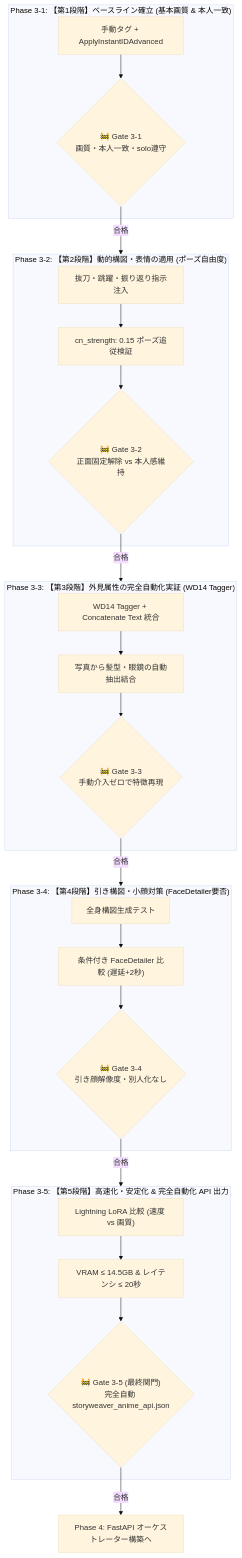
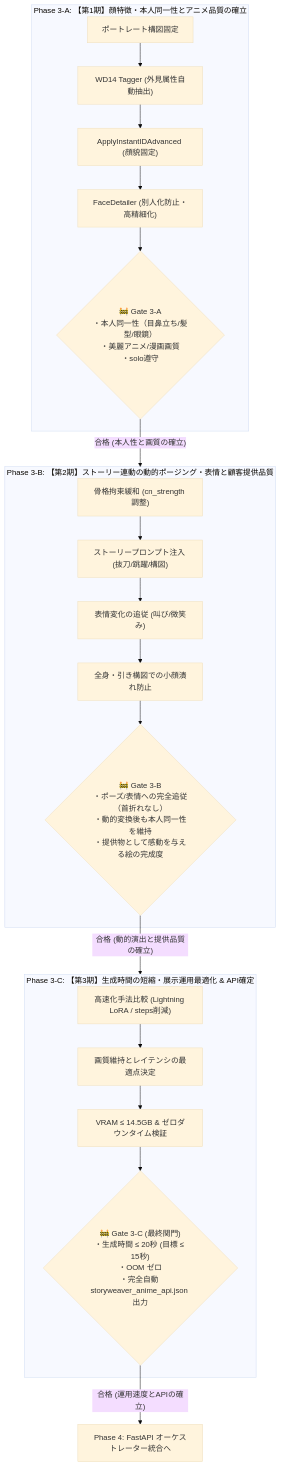
One commit to nasabanaru-sketch/StoryWeaver changed the diagram in docs/plans/phase3_revision_plan.md. Above: the diagram before and after it, drawn with Mermaid (base theme). The commit also changed other lines of this file and 2 other files, not shown here.

Commit message:
docs: Restructure Phase 3 into 3 major milestone phases (Identity -> Dynamic Story -> Latency Optimization) v4.0.0

````diff
--- a/docs/plans/phase3_revision_plan.md
+++ b/docs/plans/phase3_revision_plan.md
@@ -30,35 +16,29 @@
 ```mermaid
 flowchart TD
-    subgraph P31["Phase 3-1: 【第1段階】ベースライン確立 (基本画質 & 本人一致)"]
-        A1["手動タグ + ApplyInstantIDAdvanced"] --> G31{"🚧 Gate 3-1<br>画質・本人一致・solo遵守"}
+    subgraph P3A["Phase 3-A: 【第1期】顔特徴・本人同一性とアニメ品質の確立"]
+        A1["ポートレート構図固定"] --> A2["WD14 Tagger (外見属性自動抽出)"]
+        A2 --> A3["ApplyInstantIDAdvanced (顔貌固定)"]
+        A3 --> A4["FaceDetailer (別人化防止・高精細化)"]
+        A4 --> GA{"🚧 Gate 3-A<br>・本人同一性（目鼻立ち/髪型/眼鏡）<br>・美麗アニメ/漫画画質<br>・solo遵守"}
     end
 
-    subgraph P32["Phase 3-2: 【第2段階】動的構図・表情の適用 (ポーズ自由度)"]
-        B1["抜刀・跳躍・振り返り指示注入"] --> B2["cn_strength: 0.15 ポーズ追従検証"]
-        B2 --> G32{"🚧 Gate 3-2<br>正面固定解除 vs 本人感維持"}
+    subgraph P3B["Phase 3-B: 【第2期】ストーリー連動の動的ポージング・表情と顧客提供品質"]
+        B1["骨格拘束緩和 (cn_strength 調整)"] --> B2["ストーリープロンプト注入 (抜刀/跳躍/構図)"]
+        B2 --> B3["表情変化の追従 (叫び/微笑み)"]
+        B3 --> B4["全身・引き構図での小顔潰れ防止"]
+        B4 --> GB{"🚧 Gate 3-B<br>・ポーズ/表情への完全追従（首折れなし）<br>・動的変換後も本人同一性を維持<br>・提供物として感動を与える絵の完成度"}
     end
 
-    subgraph P33["Phase 3-3: 【第3段階】外見属性の完全自動化実証 (WD14 Tagger)"]
-        C1["WD14 Tagger + Concatenate Text 統合"] --> C2["写真から髪型・眼鏡の自動抽出結合"]
-        C2 --> G33{"🚧 Gate 3-3<br>手動介入ゼロで特徴再現"}
+    subgraph P3C["Phase 3-C: 【第3期】生成時間の短縮・展示運用最適化 & API確定"]
+        C1["高速化手法比較 (Lightning LoRA / steps削減)"] --> C2["画質維持とレイテンシの最適点決定"]
+        C2 --> C3["VRAM ≤ 14.5GB & ゼロダウンタイム検証"]
+        C3 --> GC{"🚧 Gate 3-C (最終関門)<br>・生成時間 ≤ 20秒 (目標 ≤ 15秒)<br>・OOM ゼロ<br>・完全自動 storyweaver_anime_api.json 出力"}
     end
 
-    subgraph P34["Phase 3-4: 【第4段階】引き構図・小顔対策 (FaceDetailer要否)"]
-        D1["全身構図生成テスト"] --> D2["条件付き FaceDetailer 比較 (遅延+2秒)"]
-        D2 --> G34{"🚧 Gate 3-4<br>引き顔解像度・別人化なし"}
-    end
-
-    subgraph P35["Phase 3-5: 【第5段階】高速化・安定化 & 完全自動化 API 出力"]
-        E1["Lightning LoRA 比較 (速度 vs 画質)"] --> E2["VRAM ≤ 14.5GB & レイテンシ ≤ 20秒"]
-        E2 --> G35{"🚧 Gate 3-5 (最終関門)<br>完全自動 storyweaver_anime_api.json"}
-    end
-
-    G31 -- "合格" --> P32
-    G32 -- "合格" --> P33
-    G33 -- "合格" --> P34
-    G34 -- "合格" --> P35
-    G35 -- "合格" --> COMP["Phase 4: FastAPI オーケストレーター構築へ"]
+    GA -- "合格 (本人性と画質の確立)" --> P3B
+    GB -- "合格 (動的演出と提供品質の確立)" --> P3C
+    GC -- "合格 (運用速度とAPIの確立)" --> PHASE4["Phase 4: FastAPI オーケストレーター統合へ"]
 
     classDef gate fill:#d97706,stroke:#fcd34d,color:#fff;
-    classDef comp fill:#16a34a,stroke:#22c55e,color:#fff;
+    classDef phase4 fill:#16a34a,stroke:#22c55e,color:#fff;
 ```
````
